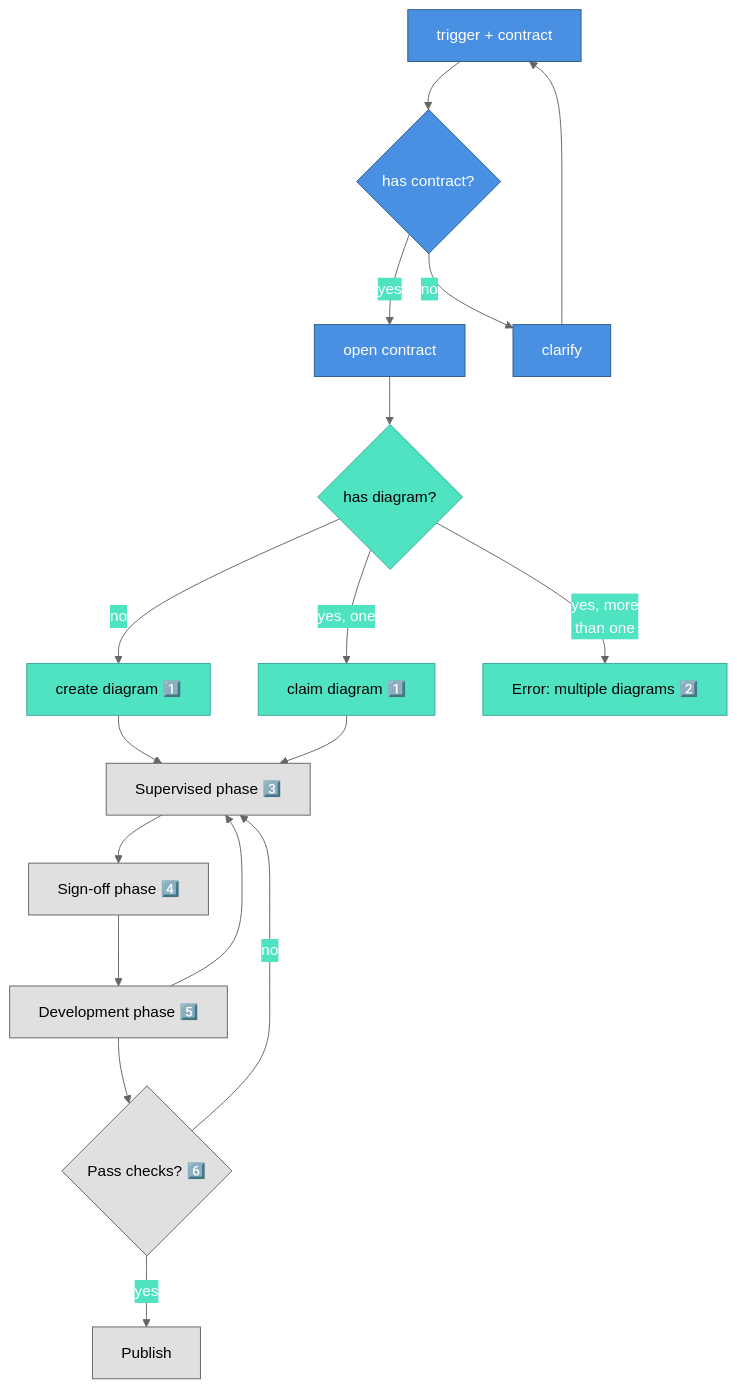
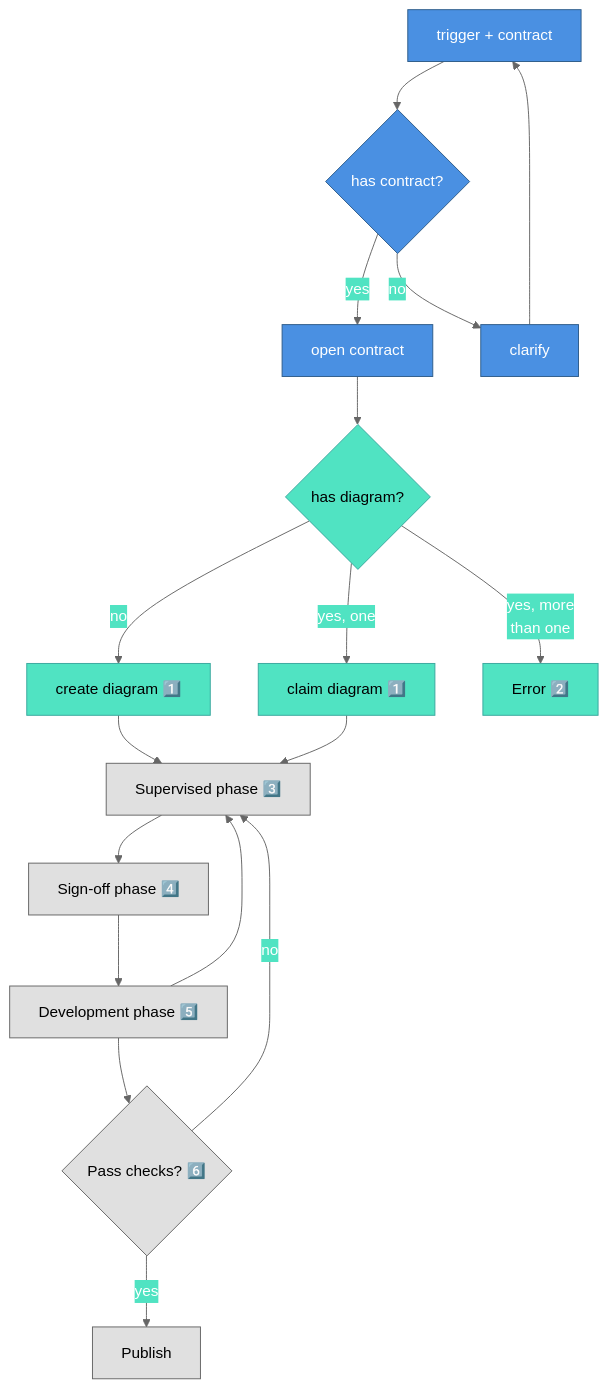
Before and after one commit to nonlinear/skills: the diagram in contract-diagram/SKILL.md, drawn with Mermaid.

Commit message:
Simplify error node: just 'Error' (details in notes)

````diff
--- a/contract-diagram/SKILL.md
+++ b/contract-diagram/SKILL.md
@@ -14,45 +14,45 @@
 ```mermaid
 %%{init: {'theme':'base','themeVariables':{'primaryColor':'#4A90E2','primaryTextColor':'#fff','primaryBorderColor':'#2E5C8A','lineColor':'#666','secondaryColor':'#50E3C2','tertiaryColor':'#FFD700'}}}%%
 flowchart TD
     TRIGGER["trigger + contract"]
     CHECK_CONTRACT{"has contract?"}
     OPEN["open contract"]
     CLARIFY["clarify"]
     CHECK_DIAGRAM{"has diagram?"}
     CREATE["create diagram 1️⃣"]
     CLAIM["claim diagram 1️⃣"]
-    ERROR["Error: multiple diagrams 2️⃣"]
+    ERROR["Error 2️⃣"]
     
     SUPERVISED["Supervised phase 3️⃣"]
     SIGNOFF["Sign-off phase 4️⃣"]
     DEVELOPMENT["Development phase 5️⃣"]
     TESTS{"Pass checks? 6️⃣"}
     PUBLISH["Publish"]
     
     TRIGGER --> CHECK_CONTRACT
     CHECK_CONTRACT -->|yes| OPEN
     CHECK_CONTRACT -->|no| CLARIFY
     CLARIFY --> TRIGGER
     
     OPEN --> CHECK_DIAGRAM
     CHECK_DIAGRAM -->|yes, more<br/>than one| ERROR
     CHECK_DIAGRAM -->|yes, one| CLAIM
     CHECK_DIAGRAM -->|no| CREATE
     
     CREATE --> SUPERVISED
     CLAIM --> SUPERVISED
     SUPERVISED --> SIGNOFF
     SIGNOFF --> DEVELOPMENT
     DEVELOPMENT --> SUPERVISED
     DEVELOPMENT --> TESTS
     TESTS -->|yes| PUBLISH
     TESTS -->|no| SUPERVISED
     
     classDef default fill:#e0e0e0,stroke:#666,color:#000
     classDef approved fill:#4A90E2,stroke:#2E5C8A,color:#fff
     classDef developed fill:#50E3C2,stroke:#3aa89e,color:#000
     
     class TRIGGER,CHECK_CONTRACT,OPEN,CLARIFY approved
     class CHECK_DIAGRAM,CREATE,CLAIM,ERROR developed
     class SUPERVISED,SIGNOFF,DEVELOPMENT,TESTS,PUBLISH default
 ```
````
